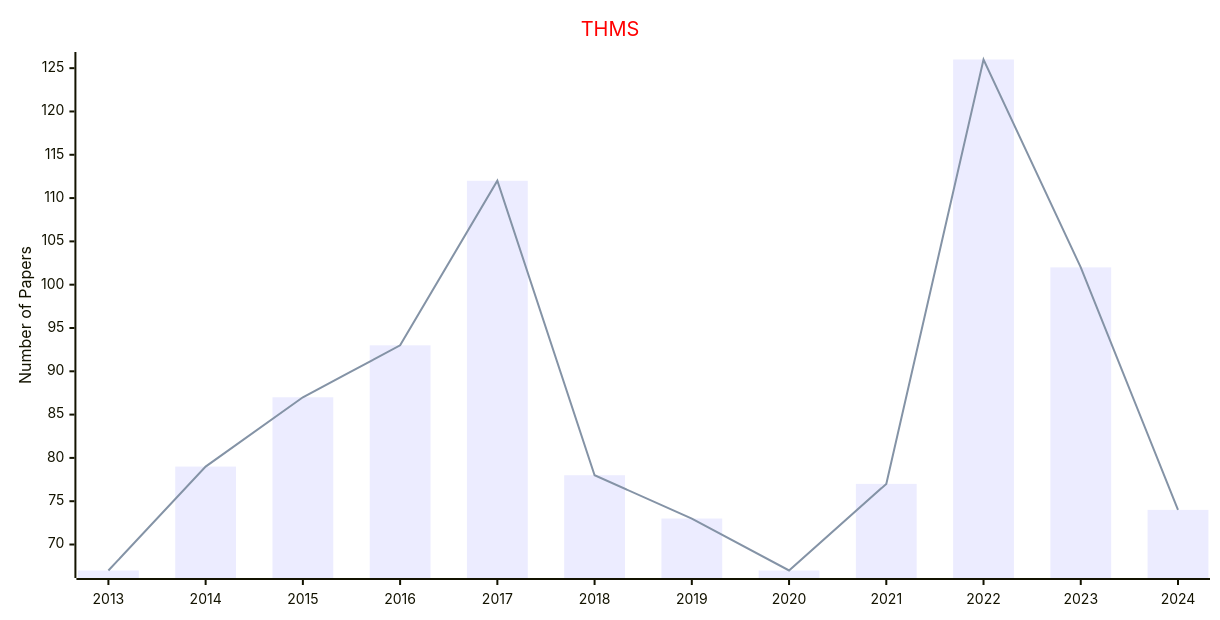
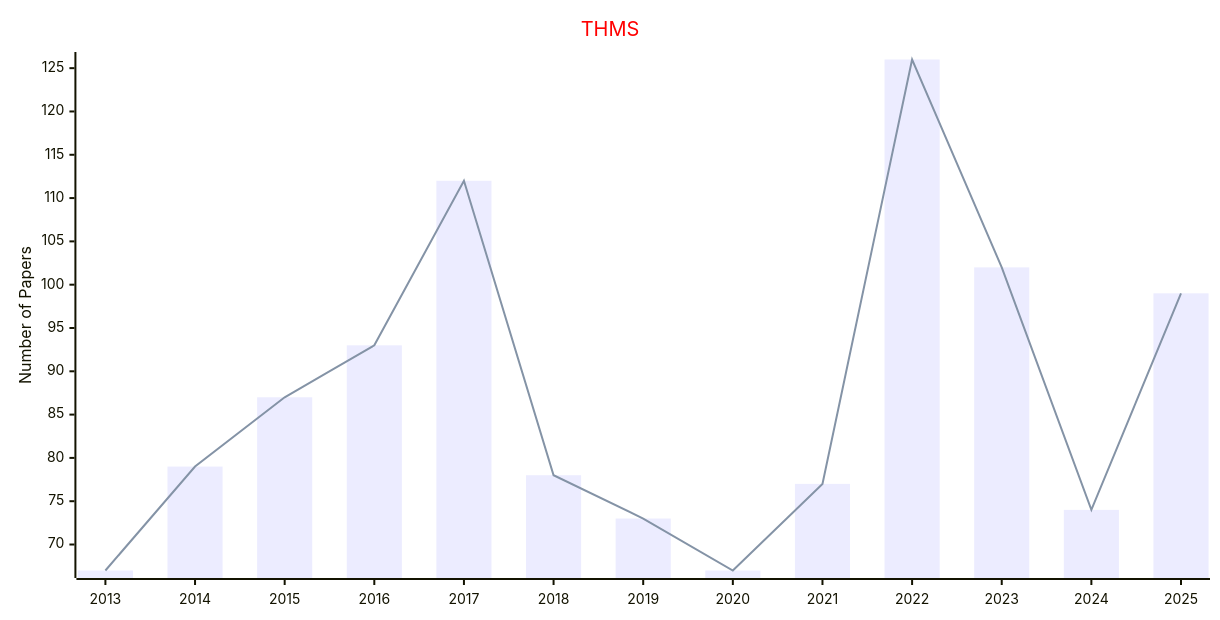
The first of 8 diagrams in docs/data/Journals/Statistics_Journals/Cybernetics.md (Easy-PhD/AILinks), drawn with Mermaid before and after one commit. The commit also changed other lines of this file and 107 other files, not shown here.

````diff
--- a/docs/data/Journals/Statistics_Journals/Cybernetics.md
+++ b/docs/data/Journals/Statistics_Journals/Cybernetics.md
@@ -9,17 +9,17 @@
 ```mermaid
 ---
 config:
     xyChart:
         width: 1200
         height: 600
     themeVariables:
         xyChart:
             titleColor: "#ff0000"
 ---
 xychart-beta
     title "THMS"
-    x-axis [2013, 2014, 2015, 2016, 2017, 2018, 2019, 2020, 2021, 2022, 2023, 2024]
+    x-axis [2013, 2014, 2015, 2016, 2017, 2018, 2019, 2020, 2021, 2022, 2023, 2024, 2025]
     y-axis "Number of Papers"
-    bar [67, 79, 87, 93, 112, 78, 73, 67, 77, 126, 102, 74]
-    line [67, 79, 87, 93, 112, 78, 73, 67, 77, 126, 102, 74]
+    bar [67, 79, 87, 93, 112, 78, 73, 67, 77, 126, 102, 74, 99]
+    line [67, 79, 87, 93, 112, 78, 73, 67, 77, 126, 102, 74, 99]
 ```
````
